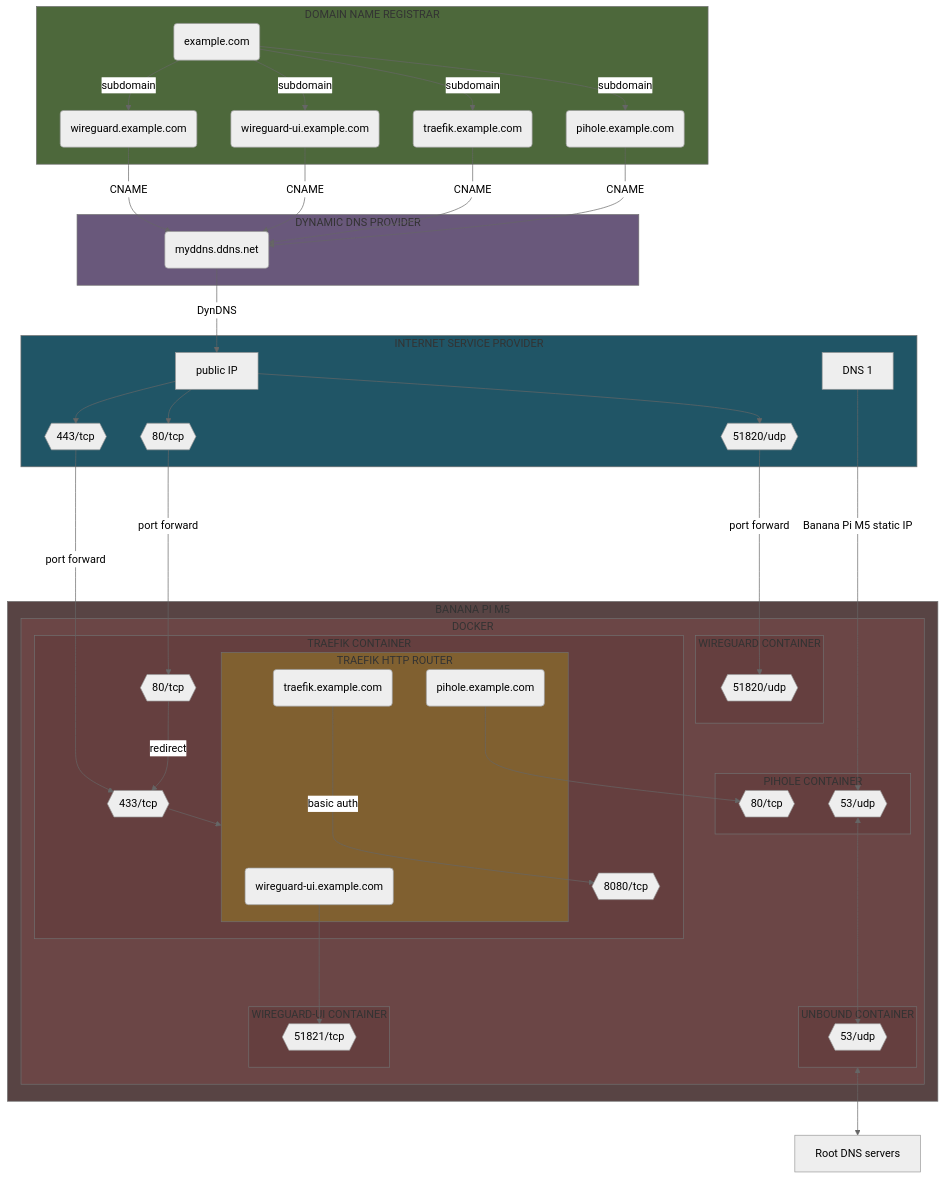
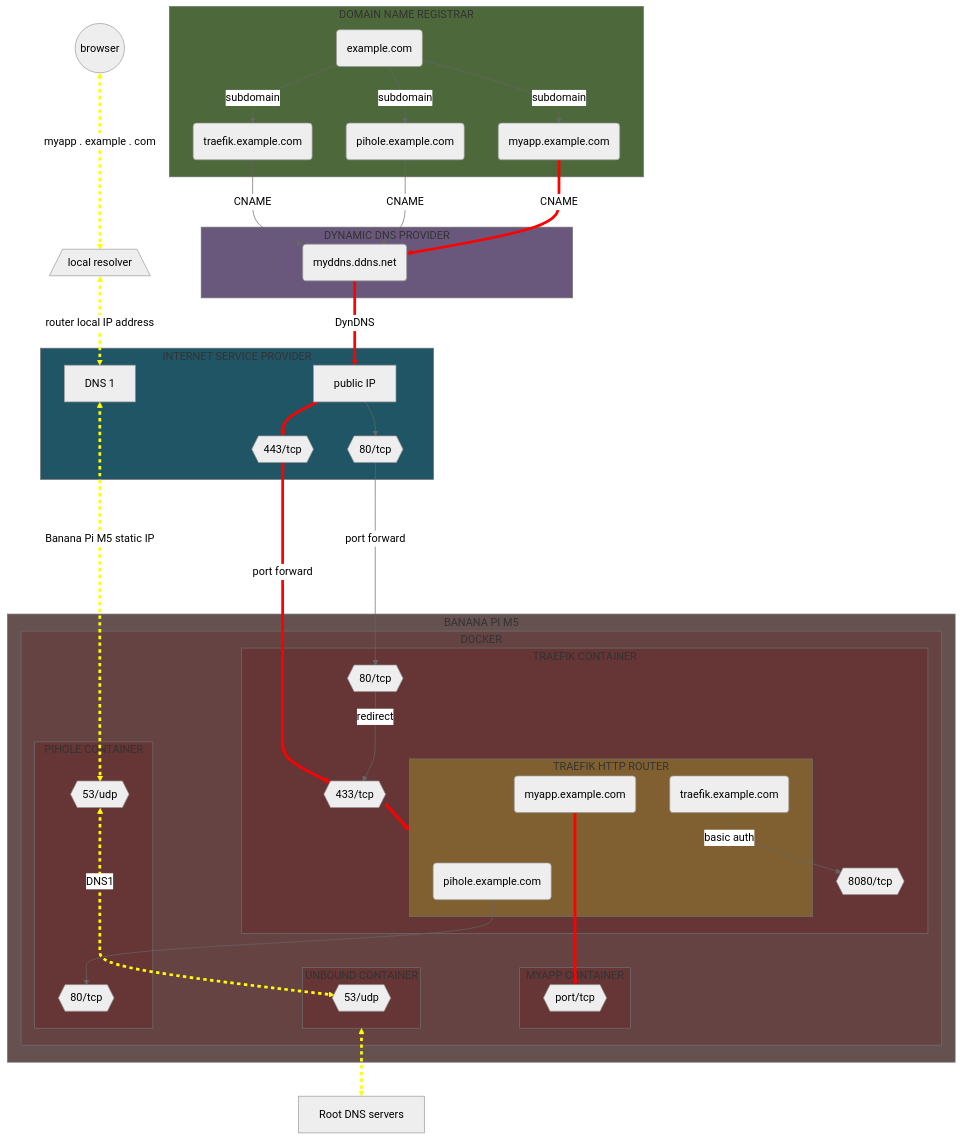
Before and after one commit to Yann39/self-hosted: the first of 7 diagrams in README.md, drawn with Mermaid (neutral theme). The commit also changed other lines of this file and 6 other files, not shown here.

````diff
--- a/README.md
+++ b/README.md
@@ -109,66 +143,64 @@
     style HOSTING_PROVIDER fill: #4d683b
     style DDNS_PROVIDER fill: #69587b
     style INTERNET_SERVICE_PROVIDER fill: #205566
-    style SINGLE_BOARD_COMPUTER fill: #584444
-    style CONTAINER_ENGINE fill: #6b4646
-    style TRAEFIK_CONTAINER fill: #653f3f
-    style PIHOLE_CONTAINER fill: #653f3f
-    style WIREGUARD_CONTAINER fill: #653f3f
-    style WIREGUARD_UI_CONTAINER fill: #653f3f
-    style UNBOUND_CONTAINER fill: #653f3f
+    style SINGLE_BOARD_COMPUTER fill: #665151
+    style CONTAINER_ENGINE fill: #664343
+    style TRAEFIK_CONTAINER fill: #663535
+    style PIHOLE_CONTAINER fill: #663535
+    style UNBOUND_CONTAINER fill: #663535
+    style MYAPP_CONTAINER fill: #663535
     style TRAEFIK_ROUTER fill: #806030
     DOMAIN(example.com)
-    SUBDOMAIN_WIREGUARD(wireguard.example.com)
-    SUBDOMAIN_WIREGUARD_UI(wireguard-ui.example.com)
     SUBDOMAIN_TRAEFIK(traefik.example.com)
     SUBDOMAIN_PIHOLE(pihole.example.com)
+    SUBDOMAIN_MYAPP(myapp.example.com)
     DDNS(myddns.ddns.net)
     ROUTER[public IP]
     ROUTER_PORT80{{80/tcp}}
     ROUTER_PORT443{{443/tcp}}
-    ROUTER_PORT51820{{51820/udp}}
-    DOCKER_WIREGUARD_PORT51820{{51820/udp}}
-    DOCKER_WIREGUARD_UI_PORT51821{{51821/tcp}}
     DOCKER_PIHOLE_PORT80{{80/tcp}}
     DOCKER_PIHOLE_PORT53{{53/udp}}
     DOCKER_TRAEFIK_PORT443{{433/tcp}}
     DOCKER_TRAEFIK_PORT80{{80/tcp}}
     DOCKER_TRAEFIK_PORT8080{{8080/tcp}}
+    DOCKER_MYAPP_PORT{{port/tcp}}
     DOCKER_UNBOUND_PORT53{{53/udp}}
-    TRAEFIK_ROUTER_WIREGUARD_UI(wireguard-ui.example.com)
     TRAEFIK_ROUTER_PIHOLE(pihole.example.com)
     TRAEFIK_ROUTER_TRAEFIK(traefik.example.com)
+    TRAEFIK_ROUTER_MYAPP(myapp.example.com)
     ROOT_DNS_SERVERS[Root DNS servers]
 
     subgraph HOSTING_PROVIDER[DOMAIN NAME REGISTRAR]
-        DOMAIN -->|subdomain| SUBDOMAIN_WIREGUARD
-        DOMAIN -->|subdomain| SUBDOMAIN_WIREGUARD_UI
         DOMAIN -->|subdomain| SUBDOMAIN_TRAEFIK
         DOMAIN -->|subdomain| SUBDOMAIN_PIHOLE
+        DOMAIN -->|subdomain| SUBDOMAIN_MYAPP
     end
 
     subgraph DDNS_PROVIDER[DYNAMIC DNS PROVIDER]
-        SUBDOMAIN_WIREGUARD -->|CNAME| DDNS
-        SUBDOMAIN_WIREGUARD_UI -->|CNAME| DDNS
         SUBDOMAIN_TRAEFIK -->|CNAME| DDNS
         SUBDOMAIN_PIHOLE -->|CNAME| DDNS
+        SUBDOMAIN_MYAPP -->|CNAME| DDNS
     end
 
     subgraph INTERNET_SERVICE_PROVIDER[INTERNET SERVICE PROVIDER]
         DDNS -->|DynDNS| ROUTER
         ROUTER --> ROUTER_PORT80
         ROUTER --> ROUTER_PORT443
-        ROUTER --> ROUTER_PORT51820
         DNS[DNS 1]
     end
 
-    DNS ------>|Banana Pi M5 static IP| DOCKER_PIHOLE_PORT53
+    CLIENT((browser)) <--->|myapp . example . com| LOCAL_DNS_RESOLVER[/local resolver\]
+    LOCAL_DNS_RESOLVER <-->|router local IP address| DNS
+    DNS <------>|Banana Pi M5 static IP| DOCKER_PIHOLE_PORT53
     ROUTER_PORT443 -->|port forward| DOCKER_TRAEFIK_PORT443
     ROUTER_PORT80 -->|port forward| DOCKER_TRAEFIK_PORT80
-    ROUTER_PORT51820 -->|port forward| DOCKER_WIREGUARD_PORT51820
 
     subgraph SINGLE_BOARD_COMPUTER[BANANA PI M5]
         subgraph CONTAINER_ENGINE[DOCKER]
+            subgraph MYAPP_CONTAINER[MYAPP CONTAINER]
+                DOCKER_MYAPP_PORT
+            end
+
             subgraph UNBOUND_CONTAINER[UNBOUND CONTAINER]
                 DOCKER_UNBOUND_PORT53
             end
@@ -178,15 +210,7 @@
                 DOCKER_PIHOLE_PORT53
             end
 
-            DOCKER_PIHOLE_PORT53 <----> DOCKER_UNBOUND_PORT53
-
-            subgraph WIREGUARD_CONTAINER[WIREGUARD CONTAINER]
-                DOCKER_WIREGUARD_PORT51820
-            end
-
-            subgraph WIREGUARD_UI_CONTAINER[WIREGUARD-UI CONTAINER]
-                DOCKER_WIREGUARD_UI_PORT51821
-            end
+            DOCKER_PIHOLE_PORT53 <--->|DNS1| DOCKER_UNBOUND_PORT53
 
             subgraph TRAEFIK_CONTAINER[TRAEFIK CONTAINER]
                 DOCKER_TRAEFIK_PORT443 --> TRAEFIK_ROUTER
@@ -194,14 +218,13 @@
 
                 subgraph TRAEFIK_ROUTER[TRAEFIK HTTP ROUTER]
                     TRAEFIK_ROUTER_TRAEFIK
-                    TRAEFIK_ROUTER_WIREGUARD_UI
                     TRAEFIK_ROUTER_PIHOLE
+                    TRAEFIK_ROUTER_MYAPP
                 end
 
-                TRAEFIK_ROUTER_TRAEFIK --->|basic auth| DOCKER_TRAEFIK_PORT8080
-                TRAEFIK_ROUTER_WIREGUARD_UI ---> DOCKER_WIREGUARD_UI_PORT51821
+                TRAEFIK_ROUTER_TRAEFIK -->|basic auth| DOCKER_TRAEFIK_PORT8080
                 TRAEFIK_ROUTER_PIHOLE --> DOCKER_PIHOLE_PORT80
-
+                TRAEFIK_ROUTER_MYAPP ---> DOCKER_MYAPP_PORT
             end
 
         end
@@ -209,4 +232,15 @@
     end
 
     UNBOUND_CONTAINER <--> ROOT_DNS_SERVERS
+    linkStyle 5 stroke-width: 4px, stroke: red
+    linkStyle 6 stroke-width: 4px, stroke: red
+    linkStyle 8 stroke-width: 4px, stroke: red
+    linkStyle 9 stroke-width: 4px, stroke: yellow, stroke-dasharray: 5
+    linkStyle 10 stroke-width: 4px, stroke: yellow, stroke-dasharray: 5
+    linkStyle 11 stroke-width: 4px, stroke: yellow, stroke-dasharray: 5
+    linkStyle 12 stroke-width: 4px, stroke: red
+    linkStyle 14 stroke-width: 4px, stroke: yellow, stroke-dasharray: 5
+    linkStyle 15 stroke-width: 4px, stroke: red
+    linkStyle 19 stroke-width: 4px, stroke: red
+    linkStyle 20 stroke-width: 4px, stroke: yellow, stroke-dasharray: 5
 ```
````
